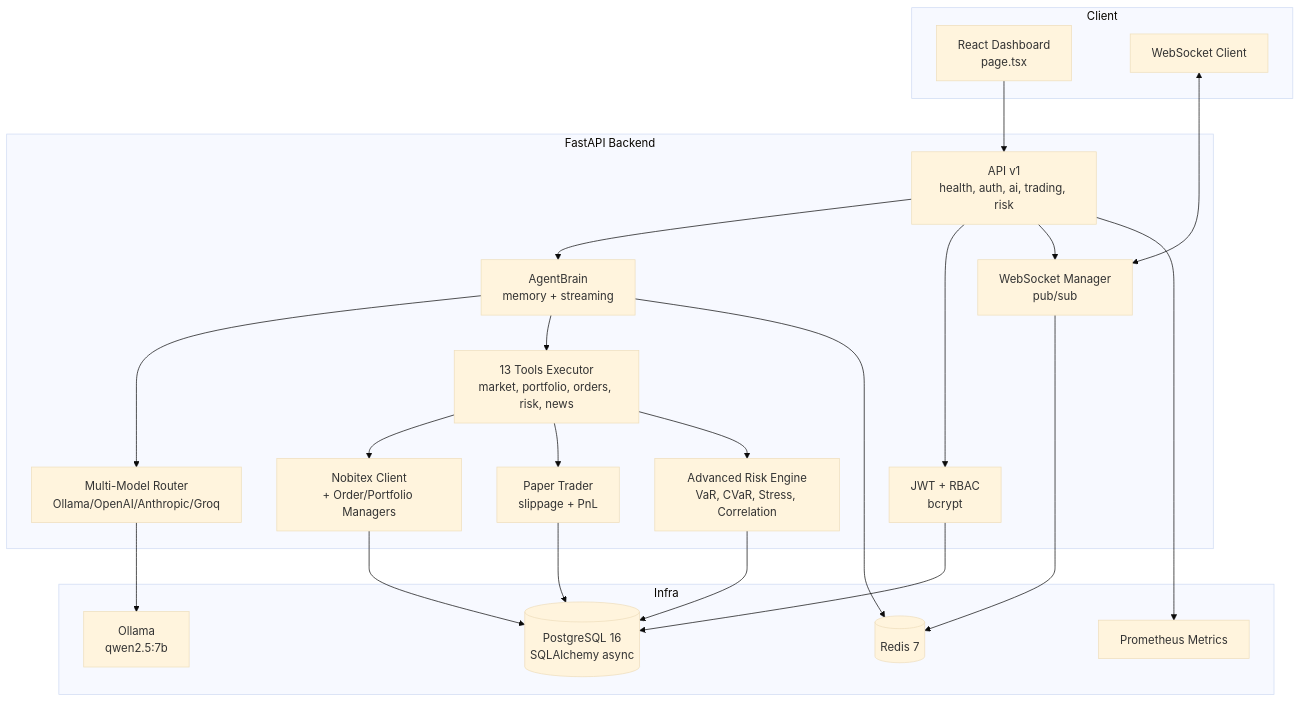
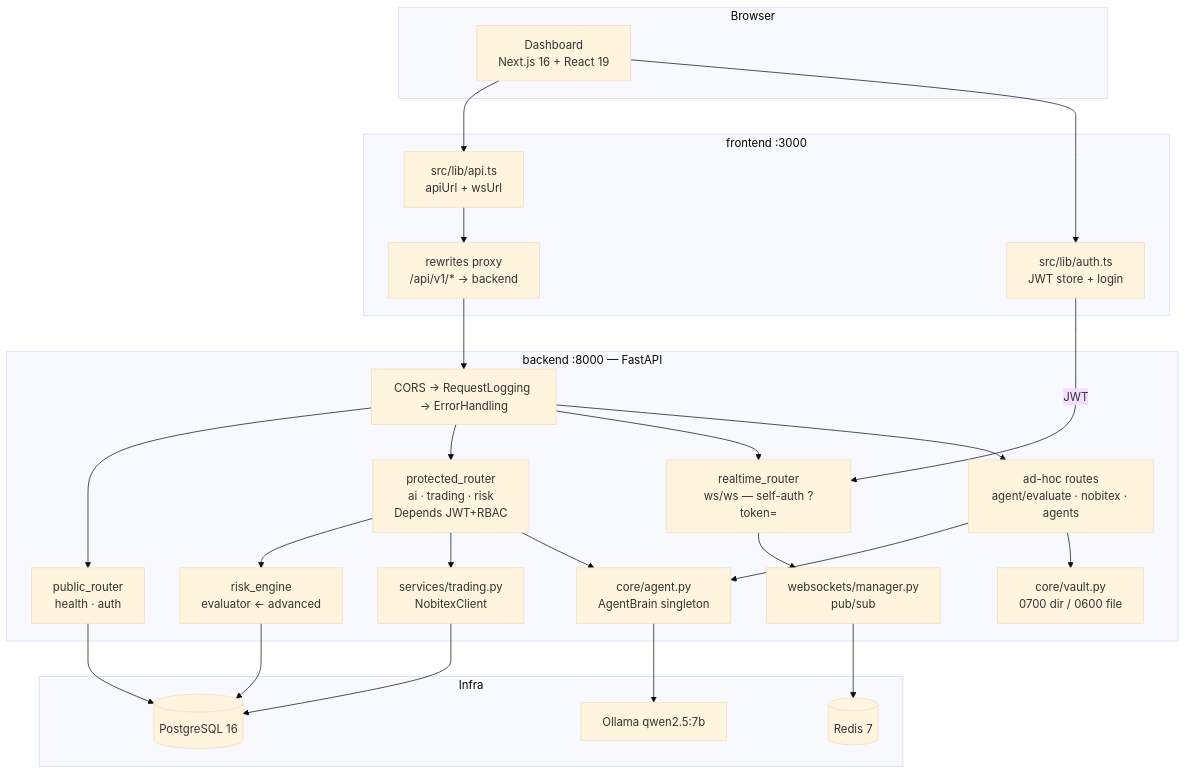
One commit to ansariaiadmin/aark-kernel changed the diagram in README.md. Above: the diagram before and after it, drawn with Mermaid (base theme). The commit also changed other lines of this file and 48 other files, not shown here.

First line of the commit message:
release(v3.3.0): fix auth/install/CI breakage, wire the frontend, document reality

````diff
--- a/README.md
+++ b/README.md
@@ -55,45 +114,44 @@
 ```mermaid
 flowchart TB
-    subgraph Client
-        FE[React Dashboard<br/>page.tsx]
-        WSClient[WebSocket Client]
+    subgraph Browser
+        UI[Dashboard<br/>Next.js 16 + React 19]
     end
 
-    subgraph Backend[FastAPI Backend]
-        API[API v1<br/>health, auth, ai, trading, risk]
-        Brain[AgentBrain<br/>memory + streaming]
-        LLM[Multi-Model Router<br/>Ollama/OpenAI/Anthropic/Groq]
-        Tools[13 Tools Executor<br/>market, portfolio, orders, risk, news]
-        Trading[Nobitex Client<br/>+ Order/Portfolio Managers]
-        Paper[Paper Trader<br/>slippage + PnL]
-        Risk[Advanced Risk Engine<br/>VaR, CVaR, Stress, Correlation]
-        Auth[JWT + RBAC<br/>bcrypt]
-        WS[WebSocket Manager<br/>pub/sub]
+    subgraph FE[frontend :3000]
+        API_LIB[src/lib/api.ts<br/>apiUrl + wsUrl]
+        AUTH_LIB[src/lib/auth.ts<br/>JWT store + login]
+        RW[rewrites proxy<br/>/api/v1/* → backend]
+    end
+
+    subgraph BE[backend :8000 — FastAPI]
+        MW[CORS → RequestLogging → ErrorHandling]
+        PUB[public_router<br/>health · auth]
+        PROT[protected_router<br/>ai · trading · risk<br/>Depends JWT+RBAC]
+        RT[realtime_router<br/>ws/ws — self-auth ?token=]
+        ADHOC[ad-hoc routes<br/>agent/evaluate · nobitex · agents]
+        BRAIN[core/agent.py<br/>AgentBrain singleton]
+        VAULT[core/vault.py<br/>0700 dir / 0600 file]
+        RISK[risk_engine<br/>evaluator ← advanced]
+        TRADING[services/trading.py<br/>NobitexClient]
+        WSM[websockets/manager.py<br/>pub/sub]
     end
 
     subgraph Infra
-        PG[(PostgreSQL 16<br/>SQLAlchemy async)]
-        Redis[(Redis 7)]
-        Ollama[Ollama<br/>qwen2.5:7b]
-        Prom[Prometheus Metrics]
+        PG[(PostgreSQL 16)]
+        RD[(Redis 7)]
+        OL[Ollama qwen2.5:7b]
     end
 
-    FE --> API
-    WSClient <--> WS
-    API --> Brain
-    Brain --> LLM
-    Brain --> Tools
-    Tools --> Trading
-    Tools --> Paper
-    Tools --> Risk
-    API --> Auth
-    API --> WS
-    Trading --> PG
-    Paper --> PG
-    Risk --> PG
-    Auth --> PG
-    Brain --> Redis
-    WS --> Redis
-    LLM --> Ollama
-    API --> Prom
+    UI --> API_LIB & AUTH_LIB
+    API_LIB --> RW --> MW
+    AUTH_LIB -->|JWT| RT
+    MW --> PUB & PROT & RT & ADHOC
+    PROT --> RISK & TRADING & BRAIN
+    ADHOC --> BRAIN & VAULT
+    RT --> WSM
+    PUB --> PG
+    RISK --> PG
+    TRADING --> PG
+    BRAIN --> OL
+    WSM --> RD
 ```
````
